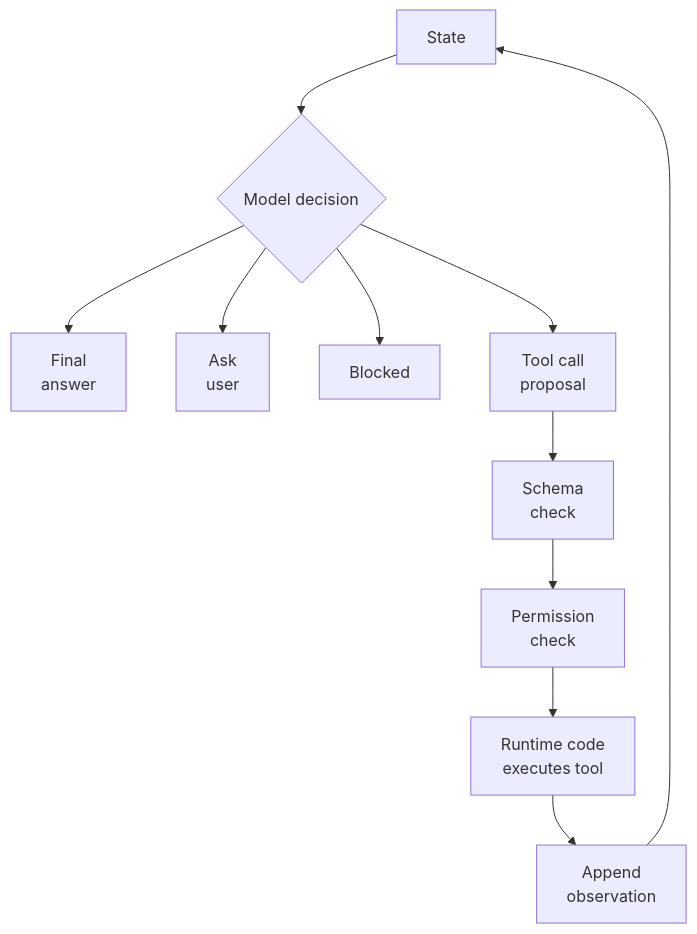
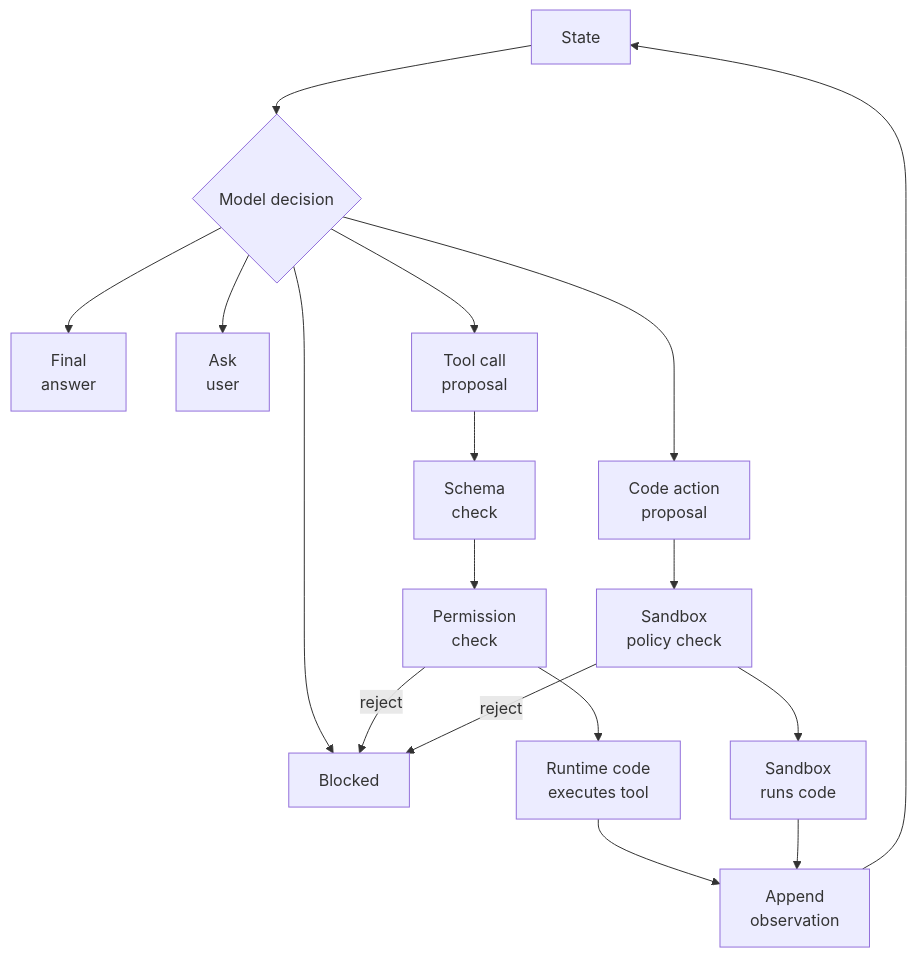
One commit to tilt/data-science-wiki changed the first of 4 diagrams in content/11-generative-ai/agent-loops.md. Above: the diagram before and after it, drawn with Mermaid. The commit also changed other lines of this file and 17 other files, not shown here.

````diff
--- a/content/11-generative-ai/agent-loops.md
+++ b/content/11-generative-ai/agent-loops.md
@@ -38,13 +40,19 @@
 ```mermaid
 flowchart TD
   State[State] --> Decision{Model decision}
   Decision --> Final["Final<br/>answer"]
   Decision --> Ask["Ask<br/>user"]
   Decision --> Blocked[Blocked]
   Decision --> ToolCall["Tool call<br/>proposal"]
+  Decision --> CodeAction["Code action<br/>proposal"]
   ToolCall --> Schema["Schema<br/>check"]
   Schema --> Permission["Permission<br/>check"]
   Permission --> Execute["Runtime code<br/>executes tool"]
+  Permission -->|reject| Blocked
+  CodeAction --> Policy["Sandbox<br/>policy check"]
+  Policy --> Sandbox["Sandbox<br/>runs code"]
+  Policy -->|reject| Blocked
   Execute --> Observation["Append<br/>observation"]
+  Sandbox --> Observation
   Observation --> State
 ```
````
